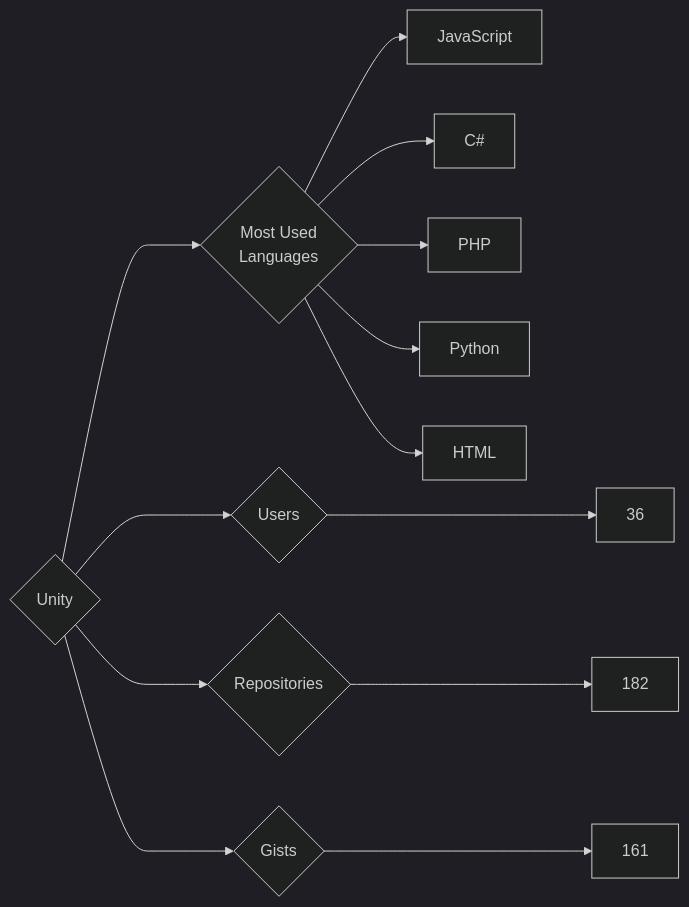
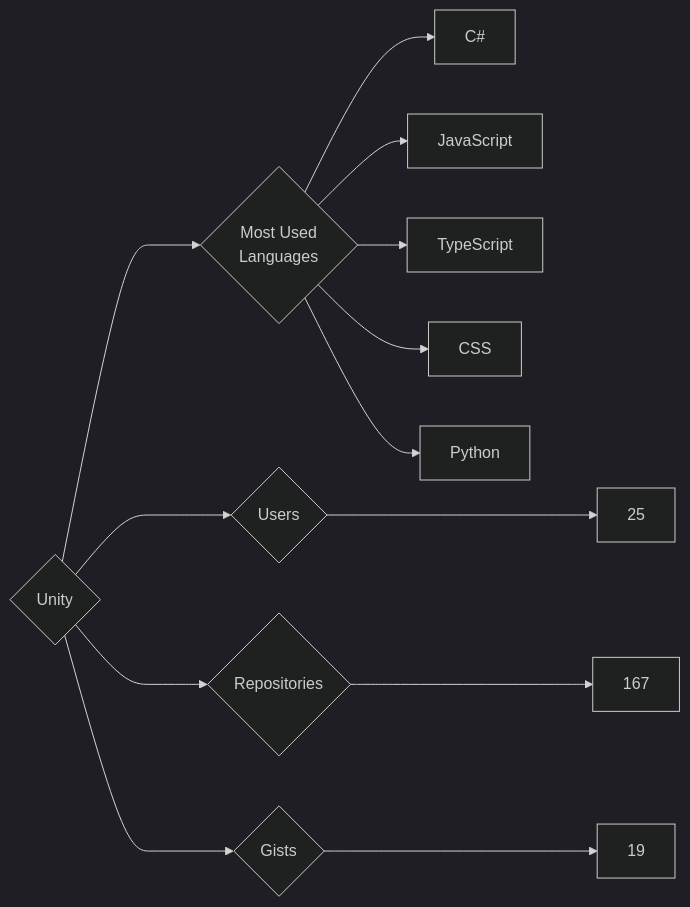
The diagram in targets/Unity/README.md (trickest/insiders), drawn with Mermaid (dark theme) before and after one commit. The commit also changed 903 other files, not shown here.

````diff
--- a/targets/Unity/README.md
+++ b/targets/Unity/README.md
@@ -3,13 +3,13 @@
 ```mermaid
 graph LR
 COMPANY_NAME{Unity}
-COMPANY_NAME ---> U{Users} ---> UN[36]
-COMPANY_NAME ---> R{Repositories} ---> RN[182]
-COMPANY_NAME ---> G{Gists} ---> GN[161]
+COMPANY_NAME ---> U{Users} ---> UN[25]
+COMPANY_NAME ---> R{Repositories} ---> RN[167]
+COMPANY_NAME ---> G{Gists} ---> GN[19]
 COMPANY_NAME ---> ML{Most Used<br>Languages}
+ML --> C#[C#]
 ML --> JavaScript[JavaScript]
-ML --> C#[C#]
-ML --> PHP[PHP]
+ML --> TypeScript[TypeScript]
+ML --> CSS[CSS]
 ML --> Python[Python]
-ML --> HTML[HTML]
 ```
````
